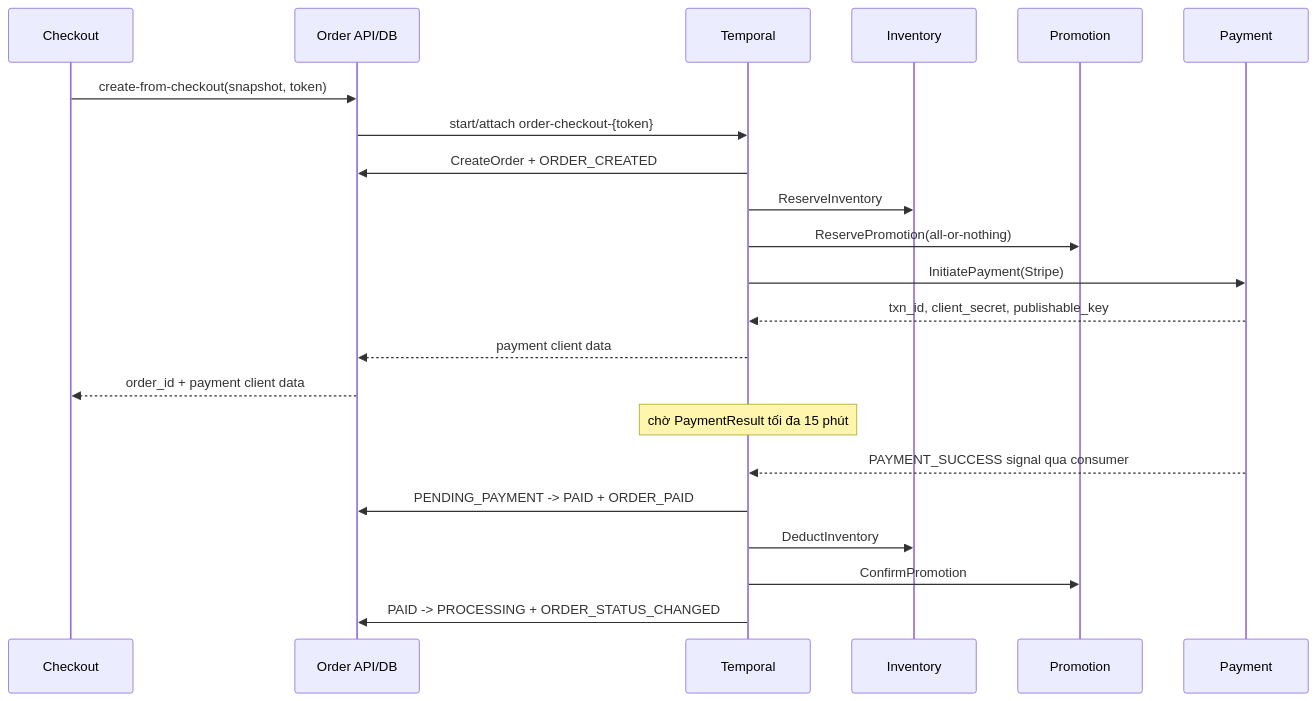
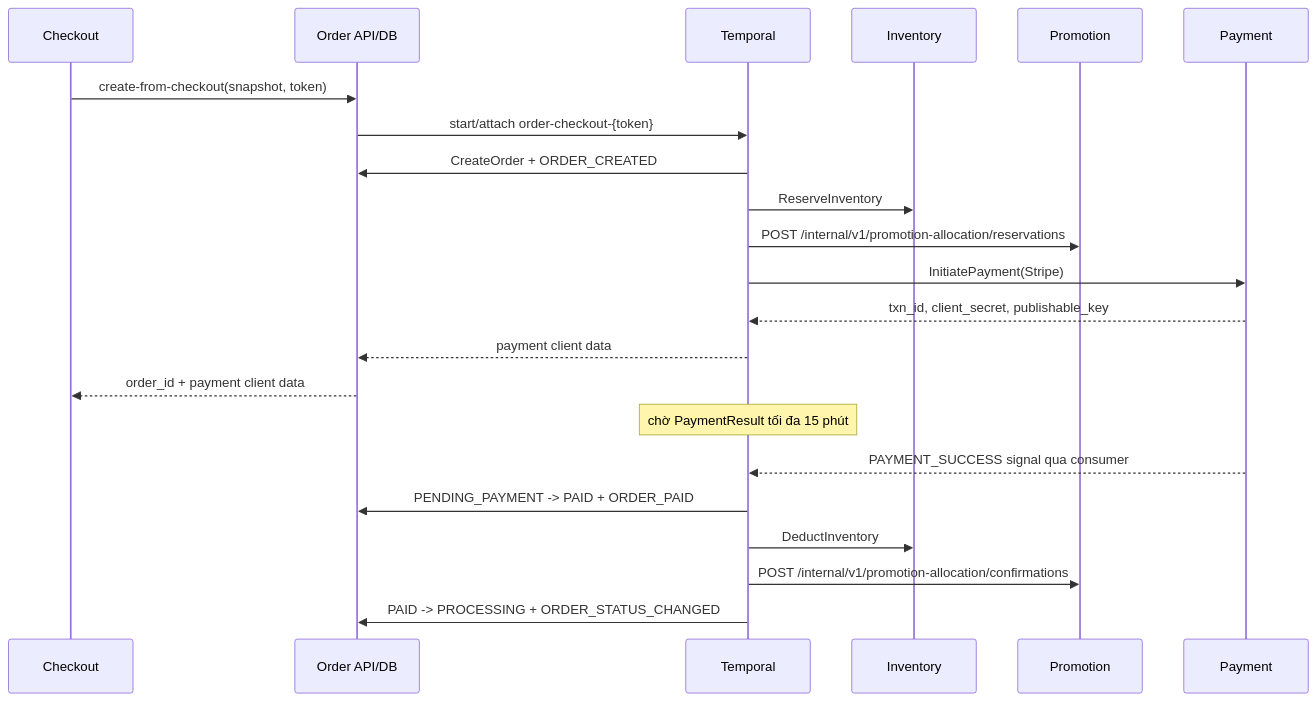
The first of 2 diagrams in docs/order/workflows.md (quangdung2110/e-commerce-microservices), drawn with Mermaid before and after one commit. The commit also changed other lines of this file and 10 other files, not shown here.

````diff
--- a/docs/order/workflows.md
+++ b/docs/order/workflows.md
@@ -119,24 +119,24 @@
 ```mermaid
 sequenceDiagram
   participant C as Checkout
   participant O as Order API/DB
   participant T as Temporal
   participant I as Inventory
   participant P as Promotion
   participant Y as Payment
   C->>O: create-from-checkout(snapshot, token)
   O->>T: start/attach order-checkout-{token}
   T->>O: CreateOrder + ORDER_CREATED
   T->>I: ReserveInventory
-  T->>P: ReservePromotion(all-or-nothing)
+  T->>P: POST /internal/v1/promotion-allocation/reservations
   T->>Y: InitiatePayment(Stripe)
   Y-->>T: txn_id, client_secret, publishable_key
   T-->>O: payment client data
   O-->>C: order_id + payment client data
   Note over T: chờ PaymentResult tối đa 15 phút
   Y-->>T: PAYMENT_SUCCESS signal qua consumer
   T->>O: PENDING_PAYMENT -> PAID + ORDER_PAID
   T->>I: DeductInventory
-  T->>P: ConfirmPromotion
+  T->>P: POST /internal/v1/promotion-allocation/confirmations
   T->>O: PAID -> PROCESSING + ORDER_STATUS_CHANGED
 ```
````
